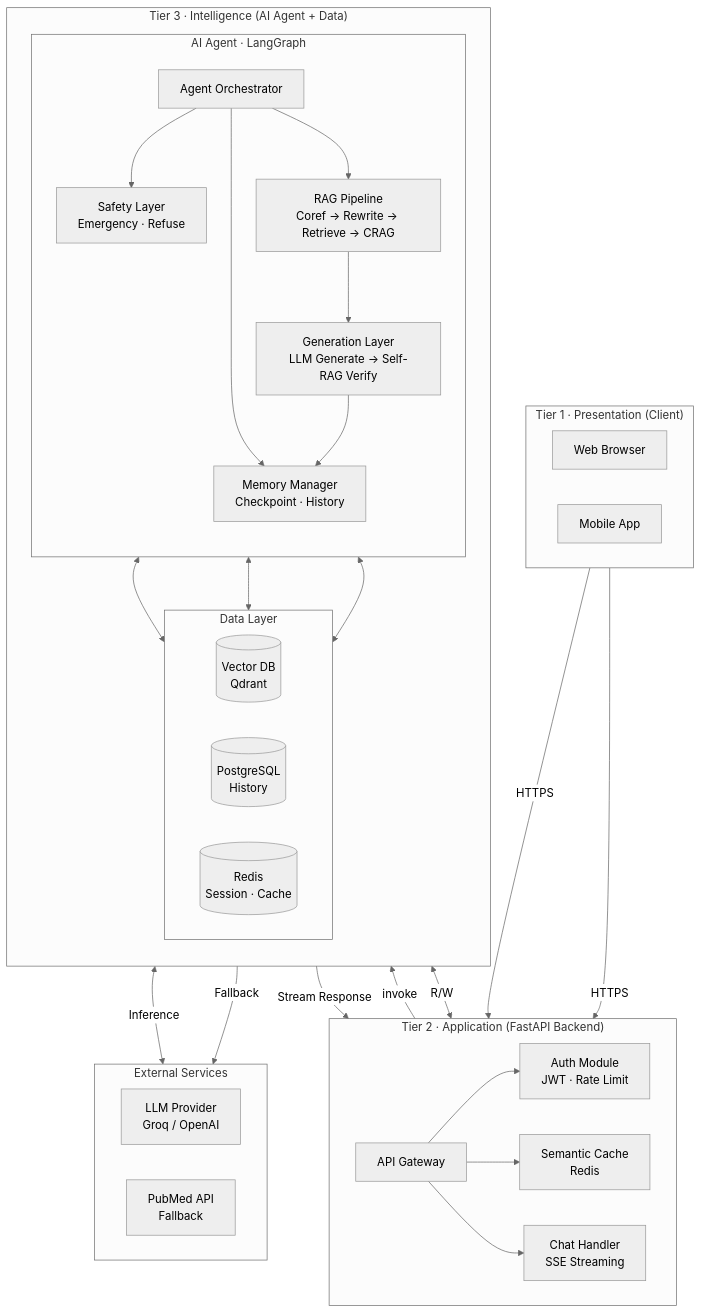
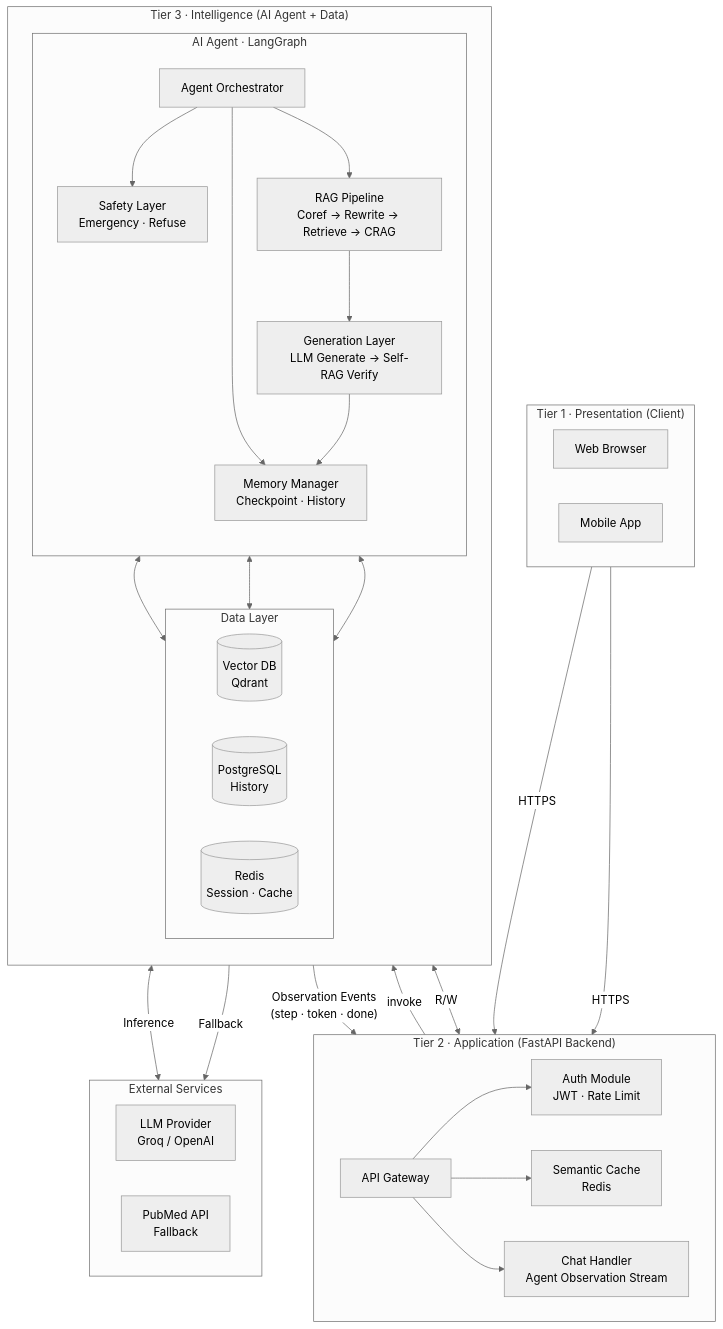
The second of 7 diagrams in ARCHITECTURE.md (hoangminh37/p-128-deploy), drawn with Mermaid (neutral theme) before and after one commit. The commit also changed other lines of this file, not shown here.

Commit message:
docs: refine architecture — semantic cache composite key + agent observation stream

````diff
--- a/ARCHITECTURE.md
+++ b/ARCHITECTURE.md
@@ -58,61 +58,61 @@
 ```mermaid
 graph TB
     subgraph T1 ["Tier 1 · Presentation (Client)"]
         direction LR
         WEB["Web Browser"]
         MOBILE["Mobile App"]
     end
 
     subgraph T2 ["Tier 2 · Application (FastAPI Backend)"]
         direction LR
         GW["API Gateway"]
         AUTH["Auth Module\nJWT · Rate Limit"]
         CACHE["Semantic Cache\nRedis"]
-        CHAT["Chat Handler\nSSE Streaming"]
+        CHAT["Chat Handler\nAgent Observation Stream"]
 
         GW --> AUTH
         GW --> CACHE
         GW --> CHAT
     end
 
     subgraph T3 ["Tier 3 · Intelligence (AI Agent + Data)"]
         direction TB
 
         subgraph AGENT ["AI Agent · LangGraph"]
             direction TB
             ORC["Agent Orchestrator"]
 
             ORC --> SAFETY["Safety Layer\nEmergency · Refuse"]
             ORC --> RAG["RAG Pipeline\nCoref → Rewrite → Retrieve → CRAG"]
             ORC --> MEM["Memory Manager\nCheckpoint · History"]
 
             RAG --> GEN["Generation Layer\nLLM Generate → Self-RAG Verify"]
             GEN --> MEM
         end
 
         subgraph DATA ["Data Layer"]
             direction LR
             VDB[("Vector DB\nQdrant")]
             PG[("PostgreSQL\nHistory")]
             RD[("Redis\nSession · Cache")]
         end
 
         RAG <--> VDB
         MEM <--> PG
         MEM <--> RD
     end
 
     subgraph EXT ["External Services"]
         direction LR
         LLM["LLM Provider\nGroq / OpenAI"]
         PUBMED["PubMed API\nFallback"]
     end
 
     %% Tier connections
     WEB & MOBILE -->|"HTTPS"| GW
     CHAT -->|"invoke"| ORC
     CACHE <-->|"R/W"| RD
     ORC <-->|"Inference"| LLM
     SAFETY -->|"Fallback"| PUBMED
-    MEM -->|"Stream Response"| CHAT
+    MEM -->|"Observation Events\n(step · token · done)"| CHAT
 ```
````
